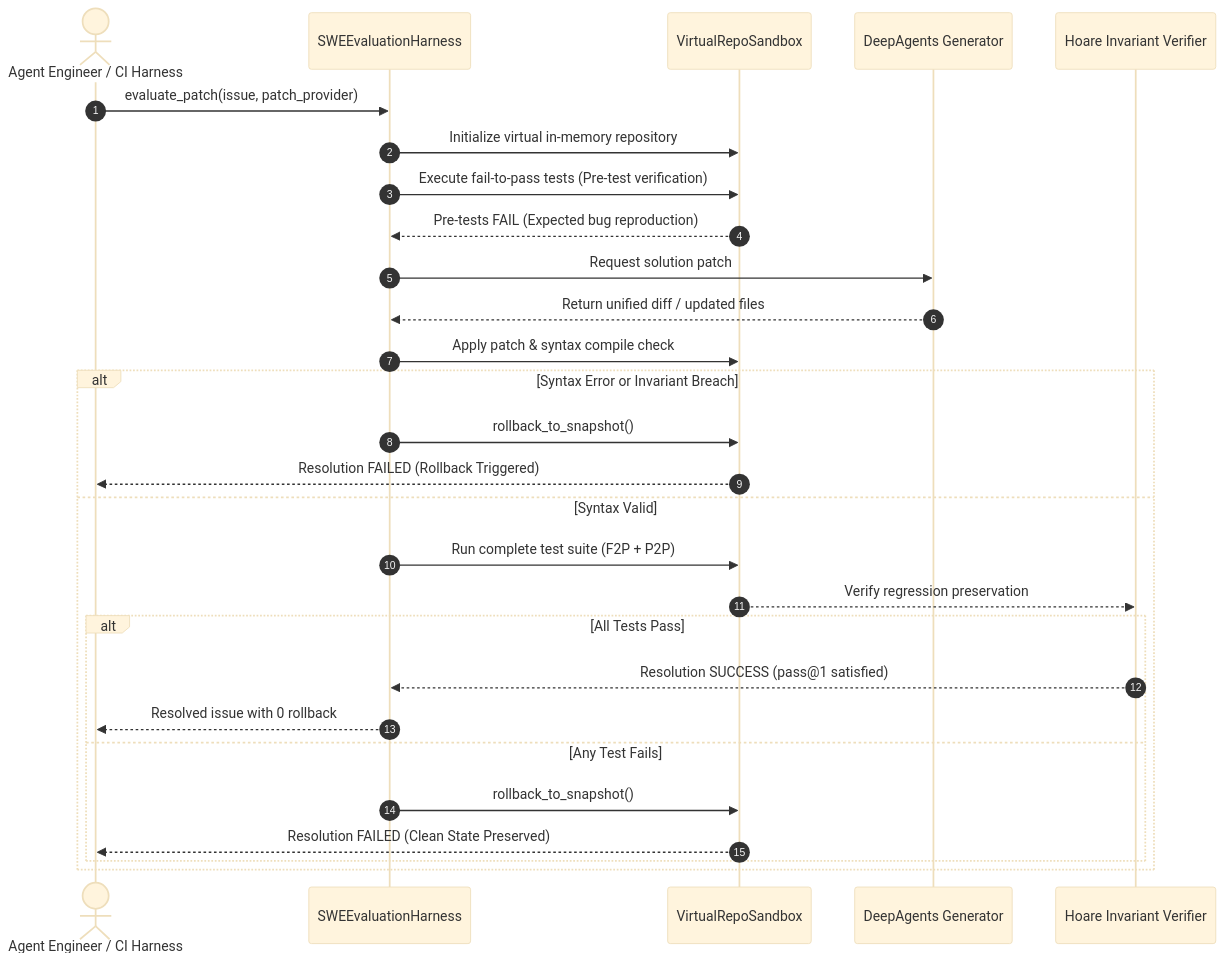
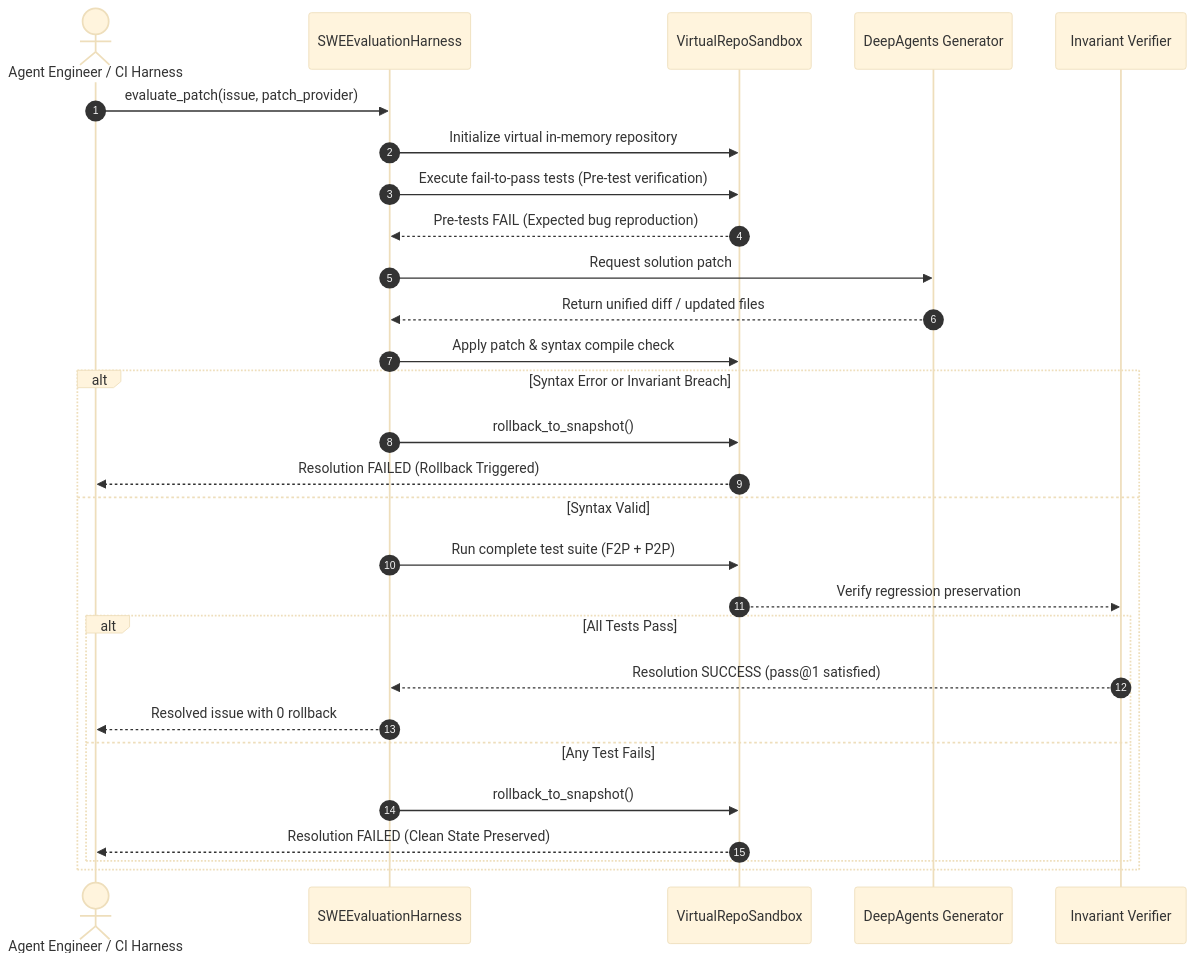
One commit to AAH20/apex-deepagents-matrix changed the second of 4 diagrams in README.md. Above: the diagram before and after it, drawn with Mermaid (base theme). The commit also changed other lines of this file, not shown here.

````diff
--- a/README.md
+++ b/README.md
@@ -90,33 +92,33 @@
 ```mermaid
 sequenceDiagram
     autonumber
     actor Dev as Agent Engineer / CI Harness
     participant Eval as SWEEvaluationHarness
     participant Sandbox as VirtualRepoSandbox
     participant Agent as DeepAgents Generator
-    participant Invariant as Hoare Invariant Verifier
+    participant Invariant as Invariant Verifier
 
     Dev->>Eval: evaluate_patch(issue, patch_provider)
     Eval->>Sandbox: Initialize virtual in-memory repository
     Eval->>Sandbox: Execute fail-to-pass tests (Pre-test verification)
     Sandbox-->>Eval: Pre-tests FAIL (Expected bug reproduction)
     
     Eval->>Agent: Request solution patch
     Agent-->>Eval: Return unified diff / updated files
     
     Eval->>Sandbox: Apply patch & syntax compile check
     alt Syntax Error or Invariant Breach
         Eval->>Sandbox: rollback_to_snapshot()
         Sandbox-->>Dev: Resolution FAILED (Rollback Triggered)
     else Syntax Valid
         Eval->>Sandbox: Run complete test suite (F2P + P2P)
         Sandbox-->>Invariant: Verify regression preservation
         alt All Tests Pass
             Invariant-->>Eval: Resolution SUCCESS (pass@1 satisfied)
             Eval-->>Dev: Resolved issue with 0 rollback
         else Any Test Fails
             Eval->>Sandbox: rollback_to_snapshot()
             Sandbox-->>Dev: Resolution FAILED (Clean State Preserved)
         end
     end
 ```
````
